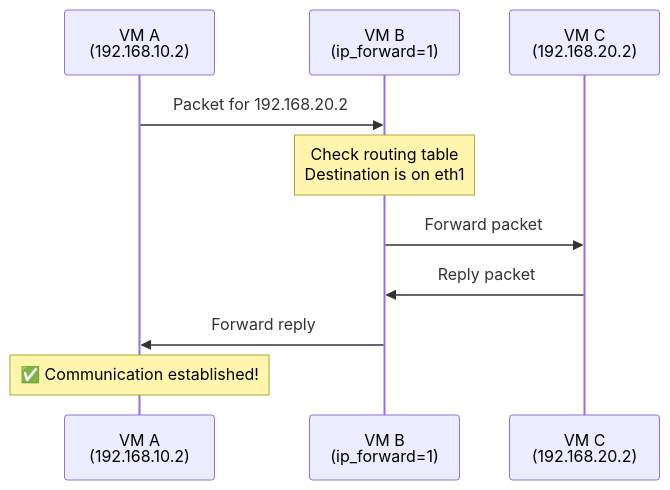
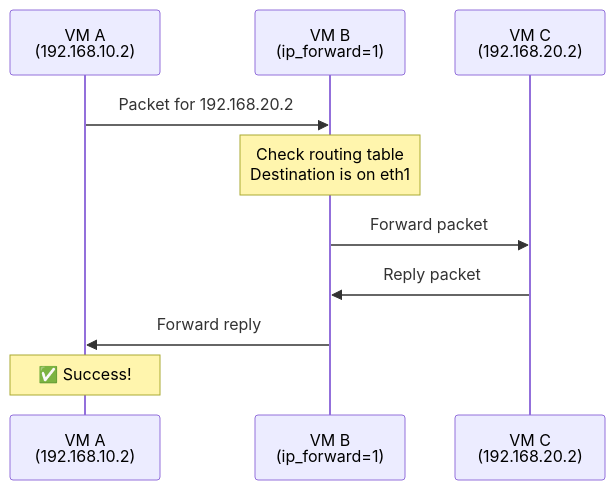
The fourth of 11 diagrams in README.md (work8tech/networking-through-VMs), drawn with Mermaid before and after one commit. The commit also changed other lines of this file, not shown here.

````diff
--- a/README.md
+++ b/README.md
@@ -150,13 +151,13 @@
 ```mermaid
 sequenceDiagram
     participant A as VM A<br/>(192.168.10.2)
     participant B as VM B<br/>(ip_forward=1)
     participant C as VM C<br/>(192.168.20.2)
     
     A->>B: Packet for 192.168.20.2
     Note over B: Check routing table<br/>Destination is on eth1
     B->>C: Forward packet
     C->>B: Reply packet
     B->>A: Forward reply
-    Note over A: ✅ Communication established!
+    Note over A: ✅ Success!
 ```
````
